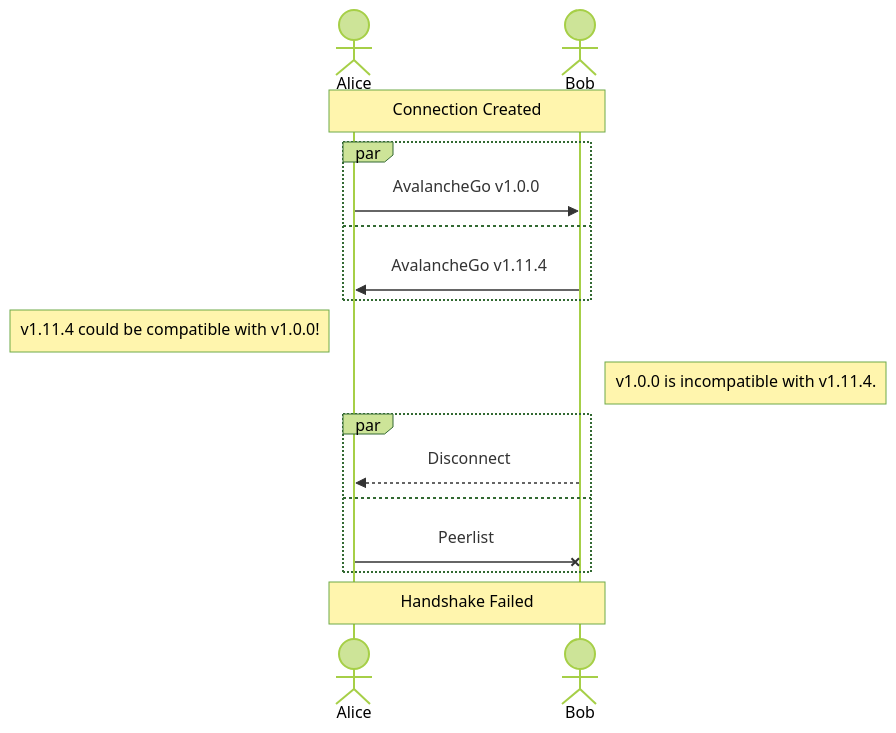
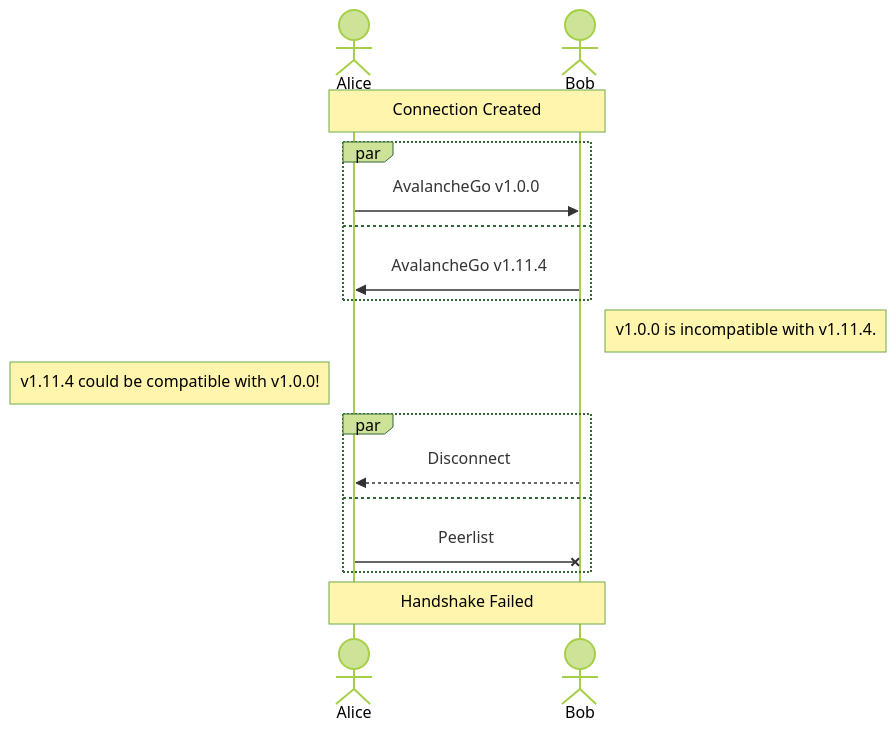
One commit to ava-labs/avalanchego changed the second of 7 diagrams in network/README.md. Above: the diagram before and after it, drawn with Mermaid (forest theme). The commit also changed other lines of this file, not shown here.

````diff
--- a/network/README.md
+++ b/network/README.md
@@ -56,19 +56,19 @@
 ```mermaid
 sequenceDiagram
     actor Alice
     actor Bob
     Note over Alice,Bob: Connection Created
     par
         Alice->>Bob: AvalancheGo v1.0.0
     and
         Bob->>Alice: AvalancheGo v1.11.4
     end
+    Note right of Bob: v1.0.0 is incompatible with v1.11.4.
     Note left of Alice: v1.11.4 could be compatible with v1.0.0!
-    Note right of Bob: v1.0.0 is incompatible with v1.11.4.
     par
         Bob-->>Alice: Disconnect
     and
         Alice-XBob: Peerlist
     end
     Note over Alice,Bob: Handshake Failed
 ```
````
